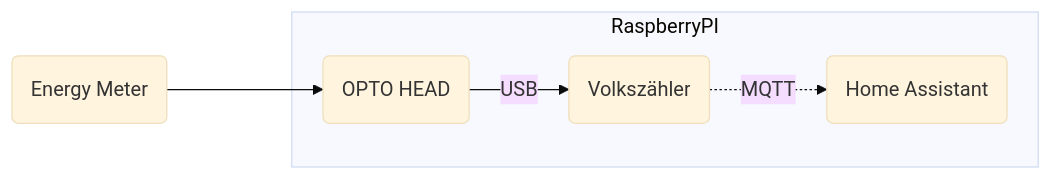
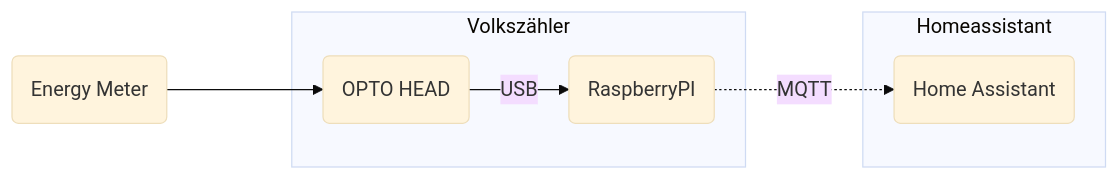
Before and after one commit to rangulvers/smart_meter_setup: the diagram in README.md, drawn with Mermaid (base theme).

````diff
--- a/README.md
+++ b/README.md
@@ -10,12 +10,12 @@
 ```mermaid
 
 flowchart LR
         A(Energy Meter) ---> B(OPTO HEAD)
-        subgraph RaspberryPI
-        B --USB--> C(Volkszähler)
+        subgraph Volkszähler
+        B --USB--> C(RaspberryPI)
         end
-        subgraph RaspberryPI
+        subgraph Homeassistant
         C -.MQTT.-> D(Home Assistant)
         end
         
 ```
````
